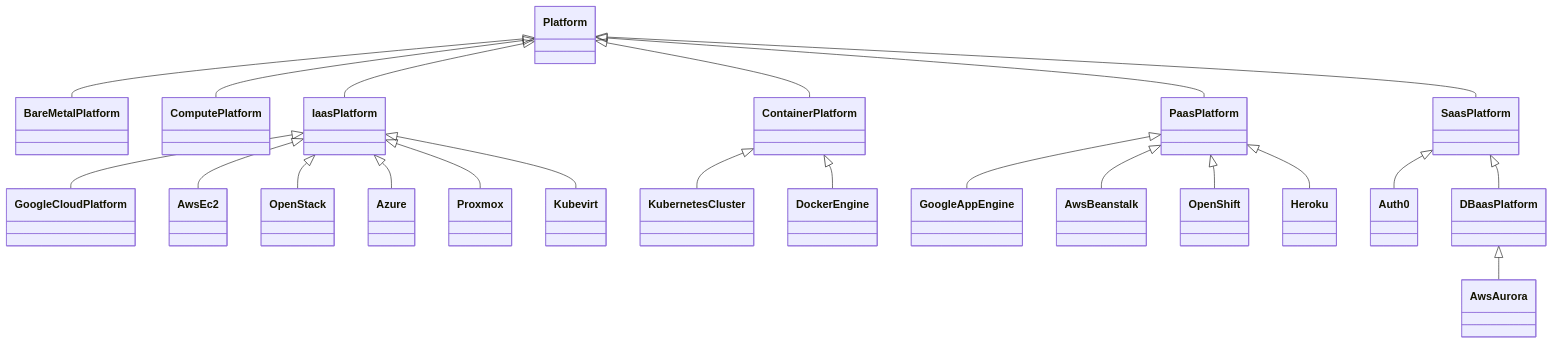
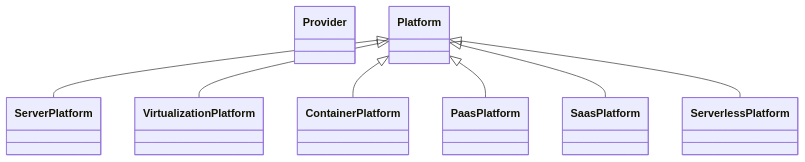
One commit to oasis-open/tosca-community-contributions changed the first of 2 diagrams in profiles/community/tosca/platform/README.md. Above: the diagram before and after it, drawn with Mermaid. The commit also changed other lines of this file and 9 other files, not shown here.

````diff
--- a/profiles/community/tosca/platform/README.md
+++ b/profiles/community/tosca/platform/README.md
@@ -51,25 +45,10 @@
 ```mermaid
 classDiagram
-    class Platform
-    Platform <|-- BareMetalPlatform
-    Platform <|-- ComputePlatform
-    Platform <|-- IaasPlatform
+    class Provider
+    Platform <|-- ServerPlatform
+    Platform <|-- VirtualizationPlatform
     Platform <|-- ContainerPlatform
     Platform <|-- PaasPlatform
     Platform <|-- SaasPlatform
-    IaasPlatform <|-- GoogleCloudPlatform
-    IaasPlatform <|-- AwsEc2
-    IaasPlatform <|-- OpenStack
-    IaasPlatform <|-- Azure
-    IaasPlatform <|-- Proxmox
-    IaasPlatform <|-- Kubevirt
-    ContainerPlatform <|-- KubernetesCluster
-    ContainerPlatform <|-- DockerEngine
-    PaasPlatform <|-- GoogleAppEngine
-    PaasPlatform <|-- AwsBeanstalk
-    PaasPlatform <|-- OpenShift
-    PaasPlatform <|-- Heroku
-    SaasPlatform <|-- Auth0
-    SaasPlatform <|-- DBaasPlatform
-    DBaasPlatform <|-- AwsAurora
+    Platform <|-- ServerlessPlatform
 ```
````
